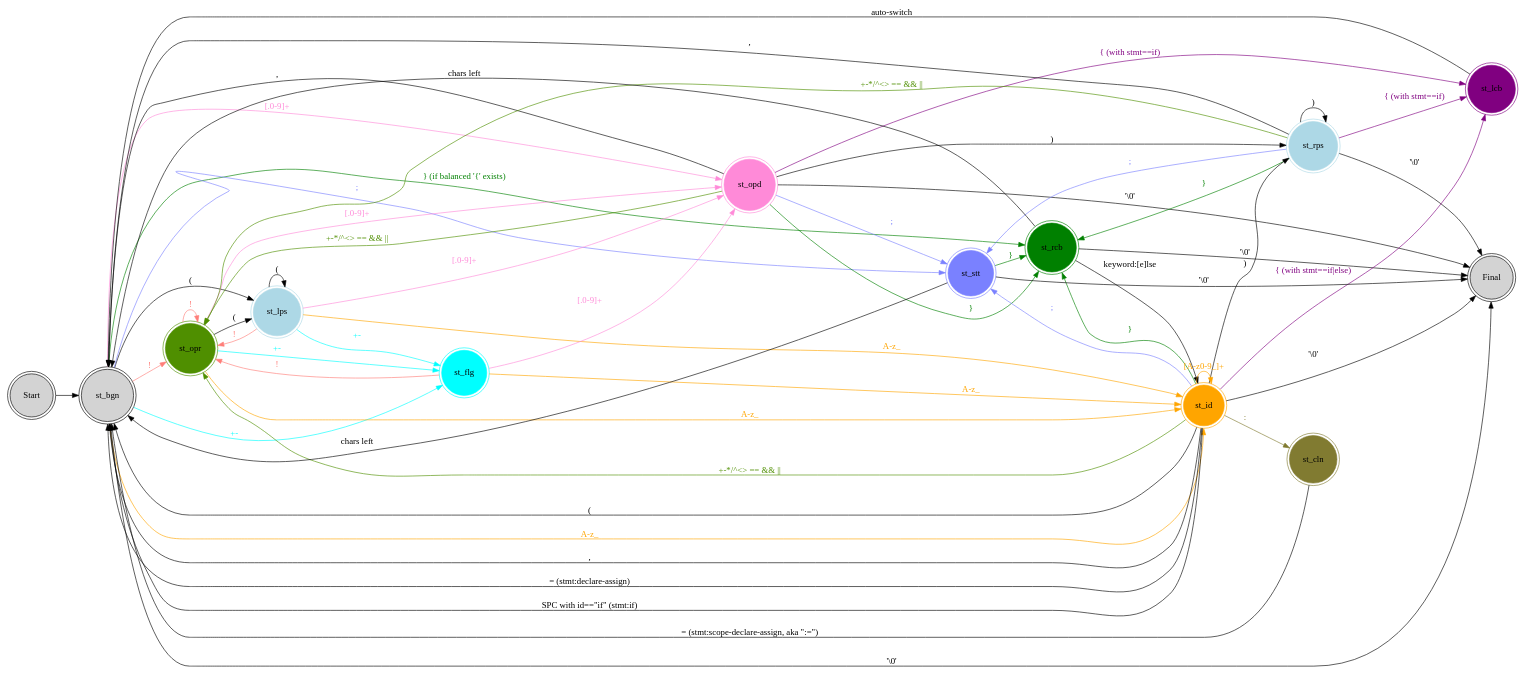
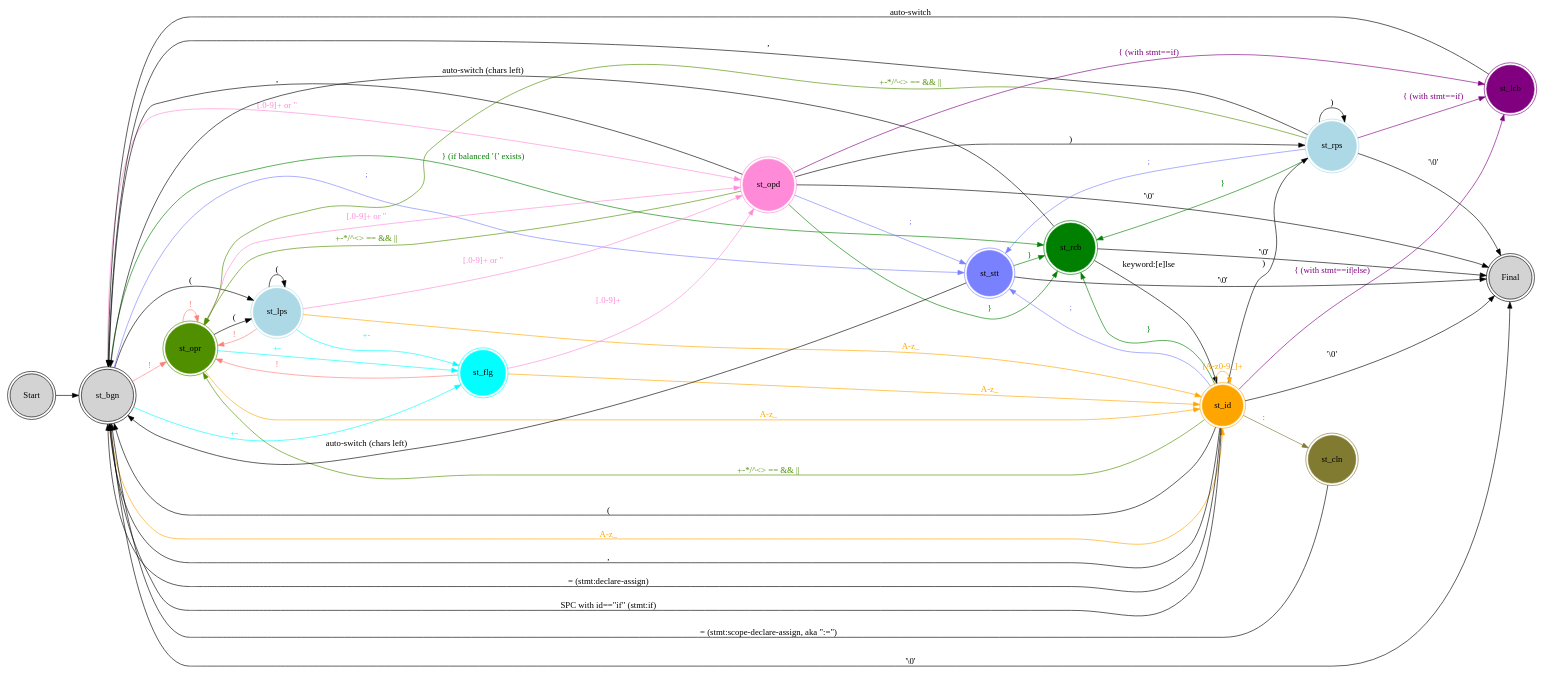
The diagram in state_transition.dot (jacoolee/calc), drawn with Graphviz before and after one commit. The commit also changed 5 other files, not shown here.

```diff
--- a/state_transition.dot
+++ b/state_transition.dot
@@ -1,86 +1,86 @@
 digraph G {
     rankdir=LR;
     {
         st_start [shape=circle,peripheries=2,style=filled, label="Start"]
         st_bgn [shape=circle,peripheries=2,style=filled,label="st_bgn"]
         st_opr [shape=circle,peripheries=2,color="#4f8f00",style=filled,label="st_opr"]
         st_opd [shape=circle,peripheries=2,color="#ff8ad8",style=filled,label="st_opd"]
         st_lps [shape=circle,peripheries=2,color="lightblue",style=filled,label="st_lps"]
         st_rps [shape=circle,peripheries=2,color="lightblue",style=filled,label="st_rps"]
         st_lcb [shape=circle,peripheries=2,color="purple",style=filled,label="st_lcb"]
         st_rcb [shape=circle,peripheries=2,color="green",style=filled,label="st_rcb"]
         st_flg [shape=circle,peripheries=2,color="cyan",style=filled,label="st_flg"]
         st_id  [shape=circle,peripheries=2,color="orange",style=filled,label="st_id"]
         st_cln [shape=circle,peripheries=2,color="#817b31",style=filled,label="st_cln"]
         st_stt [shape=circle,peripheries=2,color="#7a81ff",style=filled,label="st_stt"] // statement terminal
         st_fin [shape=circle,peripheries=2,style=filled,label="Final"]
 
         st_start -> st_bgn;
 
-        st_bgn -> st_opd[label="[.0-9]+", color="#ff8ad8", fontcolor="#ff8ad8"];
+        st_bgn -> st_opd[label="[.0-9]+ or \"", color="#ff8ad8", fontcolor="#ff8ad8"];
         st_bgn -> st_lps[label="("];
         st_bgn -> st_flg[label="+-",color="cyan",fontcolor="cyan"];
         st_bgn -> st_id[label="A-z_", color="orange", fontcolor="orange"];
         st_bgn -> st_opr[label="!",color="#ff7e79",fontcolor="#ff7e79"];
         st_bgn -> st_rcb[label="} (if balanced '{' exists)",color="green",fontcolor="green"];
         st_bgn -> st_stt[label=";",color="#7a81ff",fontcolor="#7a81ff"];
         st_bgn -> st_fin[label="'\\0'"];
 
         st_opd -> st_opr[label="+-*/^<> == && ||", color="#4f8f00", fontcolor="#4f8f00"];
         st_opd -> st_rps[label=")"];
         st_opd -> st_bgn[label=","];
         st_opd -> st_lcb[label="{ (with stmt==if)",color="purple",fontcolor="purple"];
         st_opd -> st_rcb[label="}",color="green",fontcolor="green"];
         st_opd -> st_stt[label=";",color="#7a81ff",fontcolor="#7a81ff"];
         st_opd -> st_fin[label="'\\0'"];
 
-        st_opr -> st_opd[label="[.0-9]+", color="#ff8ad8", fontcolor="#ff8ad8"];
+        st_opr -> st_opd[label="[.0-9]+ or \"", color="#ff8ad8", fontcolor="#ff8ad8"];
         st_opr -> st_lps[label="("];
         st_opr -> st_flg[label="+-",color="cyan",fontcolor="cyan"];
         st_opr -> st_id[label="A-z_", color="orange", fontcolor="orange"];
         st_opr -> st_opr[label="!",color="#ff7e79",fontcolor="#ff7e79"];
 
-        st_lps -> st_opd[label="[.0-9]+", color="#ff8ad8", fontcolor="#ff8ad8"];
+        st_lps -> st_opd[label="[.0-9]+ or \"", color="#ff8ad8", fontcolor="#ff8ad8"];
         st_lps -> st_lps[label="("];
         st_lps -> st_flg[label="+-",color="cyan",fontcolor="cyan"];
         st_lps -> st_id[label="A-z_", color="orange", fontcolor="orange"];
         st_lps -> st_opr[label="!",color="#ff7e79",fontcolor="#ff7e79"];
 
         st_rps -> st_opr[label="+-*/^<> == && ||", color="#4f8f00", fontcolor="#4f8f00"];
         st_rps -> st_rps[label=")"];
         st_rps -> st_bgn[label=","];
         st_rps -> st_lcb[label="{ (with stmt==if)",color="purple",fontcolor="purple"];
         st_rps -> st_rcb[label="}",color="green",fontcolor="green"];
         st_rps -> st_stt[label=";",color="#7a81ff",fontcolor="#7a81ff"];
         st_rps -> st_fin[label="'\\0'"];
 
         st_flg -> st_opd[label="[.0-9]+", color="#ff8ad8", fontcolor="#ff8ad8"];
         st_flg -> st_id[label="A-z_", color="orange", fontcolor="orange"];
         st_flg -> st_opr[label="!",color="#ff7e79",fontcolor="#ff7e79"];
 
         st_id -> st_id[label="[A-z0-9_]+", color="orange", fontcolor="orange"];
         st_id -> st_bgn[label="("];
         st_id -> st_opr[label="+-*/^<> == && ||", color="#4f8f00", fontcolor="#4f8f00"];
         st_id -> st_rps[label=")"];
         st_id -> st_bgn[label=","];
         st_id -> st_bgn[label="= (stmt:declare-assign)"];
         st_id -> st_bgn[label="SPC with id==\"if\" (stmt:if)"];
         st_id -> st_lcb[label="{ (with stmt==if|else)",color="purple",fontcolor="purple"];
         st_id -> st_rcb[label="}",color="green",fontcolor="green"];
         st_id -> st_cln[label=":",color="#817b31",fontcolor="#817b31"];
         st_id -> st_stt[label=";",color="#7a81ff",fontcolor="#7a81ff"];
         st_id -> st_fin[label="'\\0'"];
 
         st_lcb -> st_bgn[label="auto-switch"];
 
         st_rcb -> st_id[label="keyword:[e]lse"];
-        st_rcb -> st_bgn[label="chars left"];
+        st_rcb -> st_bgn[label="auto-switch (chars left)"];
         st_rcb -> st_fin[label="'\\0'"];
 
         st_cln -> st_bgn[label="= (stmt:scope-declare-assign, aka \":=\")"];
 
-        st_stt -> st_bgn[label="chars left"];
+        st_stt -> st_bgn[label="auto-switch (chars left)"];
         st_stt -> st_rcb[label="}",color="green",fontcolor="green"];
         st_stt -> st_fin[label="'\\0'"];
     }
 }
```
